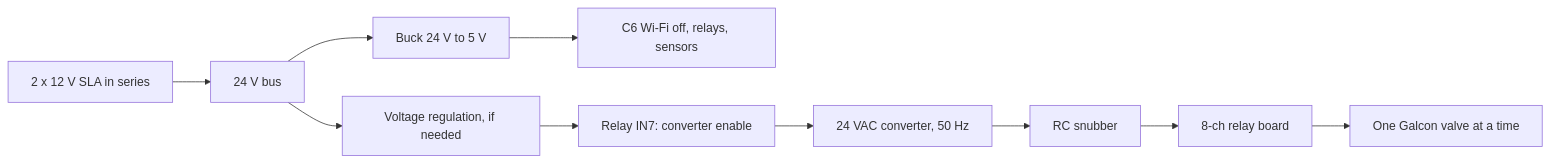
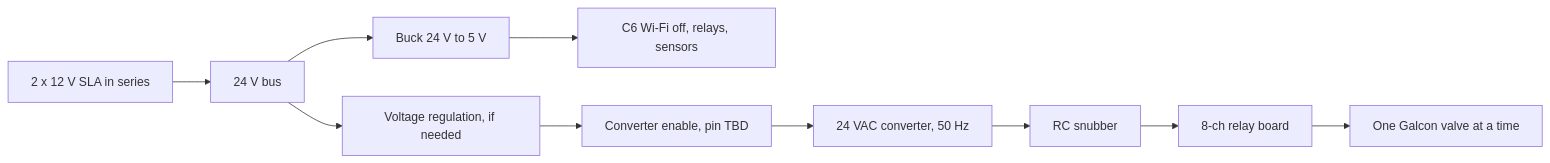
Before and after one commit to yuvalkuck/smart-irrigate: the fourth of 5 diagrams in README.md, drawn with Mermaid. The commit also changed other lines of this file and 4 other files, not shown here.

````diff
--- a/README.md
+++ b/README.md
@@ -150,12 +150,12 @@
 ```mermaid
 graph LR
     BAT[2 x 12 V SLA in series] --> BUS[24 V bus]
     BUS --> BUCK5[Buck 24 V to 5 V]
     BUCK5 --> LOGIC[C6 Wi-Fi off, relays, sensors]
     BUS --> BUCK24[Voltage regulation, if needed]
-    BUCK24 --> EN[Relay IN7: converter enable]
+    BUCK24 --> EN[Converter enable, pin TBD]
     EN --> ACB[24 VAC converter, 50 Hz]
     ACB --> SNUB[RC snubber]
     SNUB --> RELAYS[8-ch relay board]
     RELAYS --> V[One Galcon valve at a time]
 ```
````
